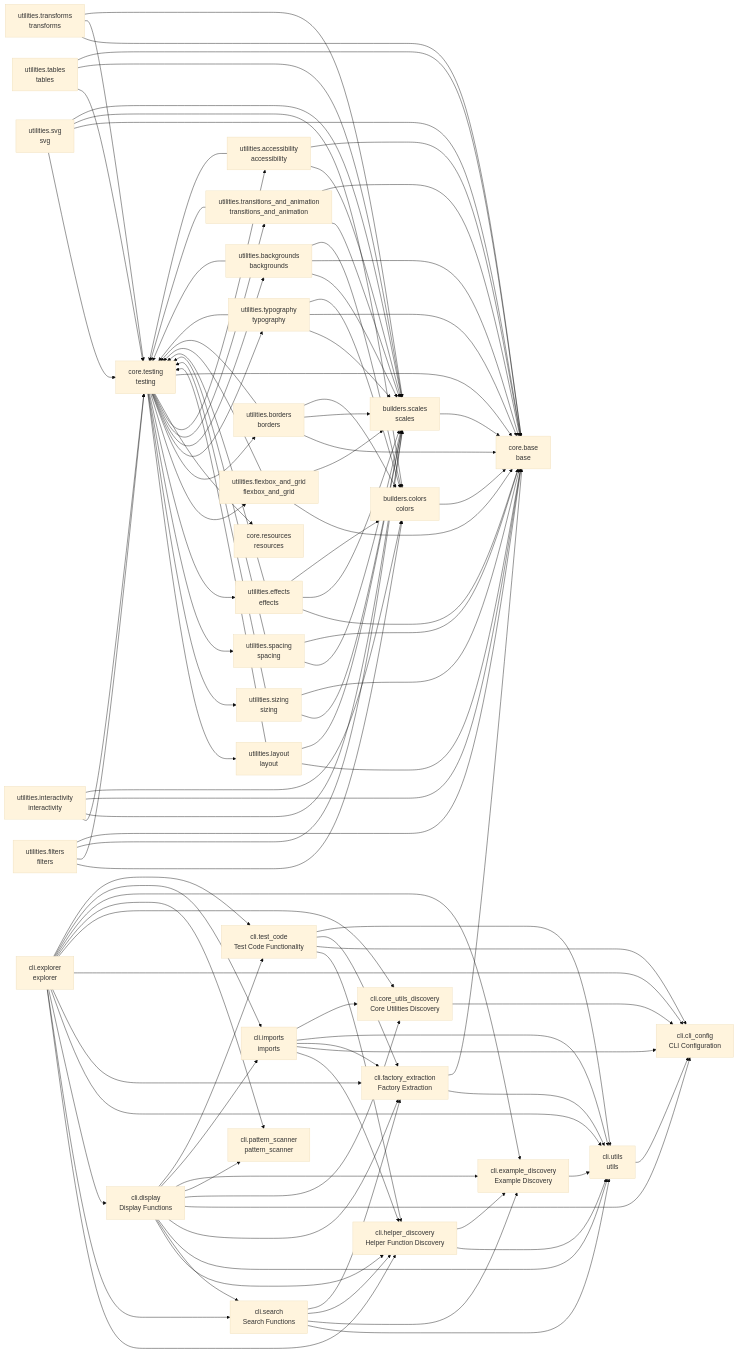
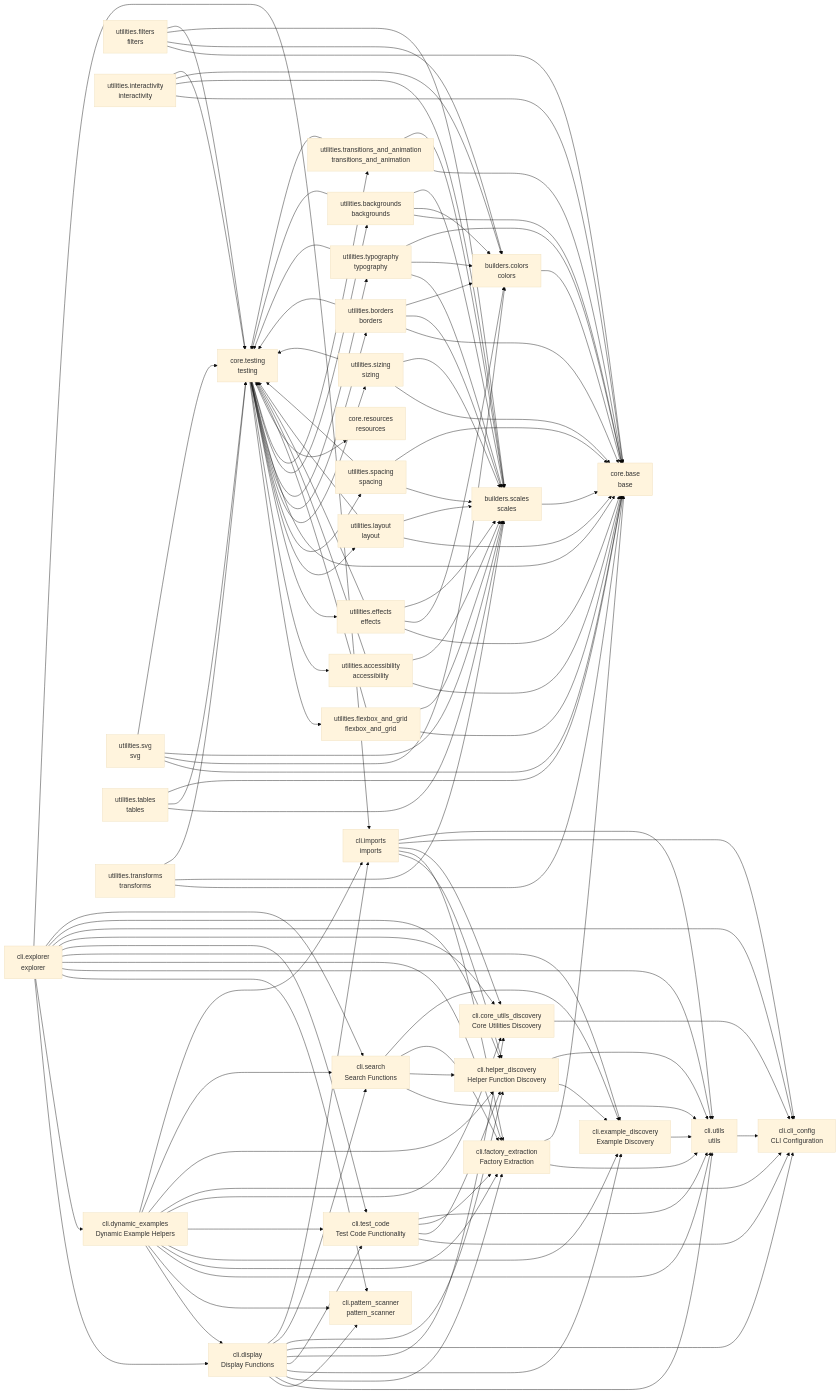
One commit to cj-mills/cjm-fasthtml-tailwind changed the diagram in README.md. Above: the diagram before and after it, drawn with Mermaid (base theme). The commit also changed other lines of this file and 8 other files, not shown here.

````diff
--- a/README.md
+++ b/README.md
@@ -60,6 +61,7 @@
     cli_cli_config[cli.cli_config<br/>CLI Configuration]
     cli_core_utils_discovery[cli.core_utils_discovery<br/>Core Utilities Discovery]
     cli_display[cli.display<br/>Display Functions]
+    cli_dynamic_examples[cli.dynamic_examples<br/>Dynamic Example Helpers]
     cli_example_discovery[cli.example_discovery<br/>Example Discovery]
     cli_explorer[cli.explorer<br/>explorer]
     cli_factory_extraction[cli.factory_extraction<br/>Factory Extraction]
@@ -91,108 +93,120 @@
     builders_colors --> core_base
     builders_scales --> core_base
     cli_core_utils_discovery --> cli_cli_config
+    cli_display --> cli_pattern_scanner
+    cli_display --> cli_utils
+    cli_display --> cli_factory_extraction
+    cli_display --> cli_example_discovery
+    cli_display --> cli_test_code
+    cli_display --> cli_core_utils_discovery
+    cli_display --> cli_cli_config
     cli_display --> cli_helper_discovery
     cli_display --> cli_search
-    cli_display --> cli_utils
-    cli_display --> cli_factory_extraction
-    cli_display --> cli_cli_config
-    cli_display --> cli_core_utils_discovery
-    cli_display --> cli_pattern_scanner
-    cli_display --> cli_example_discovery
     cli_display --> cli_imports
-    cli_display --> cli_test_code
+    cli_dynamic_examples --> cli_display
+    cli_dynamic_examples --> cli_pattern_scanner
+    cli_dynamic_examples --> cli_utils
+    cli_dynamic_examples --> cli_factory_extraction
+    cli_dynamic_examples --> cli_example_discovery
+    cli_dynamic_examples --> cli_test_code
+    cli_dynamic_examples --> cli_core_utils_discovery
+    cli_dynamic_examples --> cli_cli_config
+    cli_dynamic_examples --> cli_helper_discovery
+    cli_dynamic_examples --> cli_search
+    cli_dynamic_examples --> cli_imports
     cli_example_discovery --> cli_utils
+    cli_explorer --> cli_display
+    cli_explorer --> cli_dynamic_examples
+    cli_explorer --> cli_pattern_scanner
+    cli_explorer --> cli_utils
+    cli_explorer --> cli_factory_extraction
+    cli_explorer --> cli_example_discovery
+    cli_explorer --> cli_test_code
+    cli_explorer --> cli_core_utils_discovery
+    cli_explorer --> cli_cli_config
     cli_explorer --> cli_helper_discovery
     cli_explorer --> cli_search
-    cli_explorer --> cli_display
-    cli_explorer --> cli_utils
-    cli_explorer --> cli_factory_extraction
-    cli_explorer --> cli_cli_config
-    cli_explorer --> cli_core_utils_discovery
-    cli_explorer --> cli_pattern_scanner
-    cli_explorer --> cli_example_discovery
     cli_explorer --> cli_imports
-    cli_explorer --> cli_test_code
     cli_factory_extraction --> cli_utils
     cli_factory_extraction --> core_base
+    cli_helper_discovery --> cli_example_discovery
     cli_helper_discovery --> cli_utils
-    cli_helper_discovery --> cli_example_discovery
     cli_imports --> cli_helper_discovery
+    cli_imports --> cli_factory_extraction
+    cli_imports --> cli_core_utils_discovery
     cli_imports --> cli_cli_config
-    cli_imports --> cli_factory_extraction
     cli_imports --> cli_utils
-    cli_imports --> cli_core_utils_discovery
     cli_search --> cli_utils
-    cli_search --> cli_example_discovery
     cli_search --> cli_helper_discovery
     cli_search --> cli_factory_extraction
+    cli_search --> cli_example_discovery
+    cli_test_code --> cli_cli_config
     cli_test_code --> cli_helper_discovery
-    cli_test_code --> cli_cli_config
     cli_test_code --> cli_factory_extraction
     cli_test_code --> cli_utils
     cli_utils --> cli_cli_config
+    core_testing --> utilities_flexbox_and_grid
+    core_testing --> utilities_accessibility
+    core_testing --> utilities_effects
     core_testing --> utilities_layout
+    core_testing --> utilities_spacing
     core_testing --> utilities_sizing
-    core_testing --> utilities_spacing
-    core_testing --> utilities_effects
-    core_testing --> utilities_flexbox_and_grid
     core_testing --> utilities_borders
     core_testing --> utilities_typography
+    core_testing --> core_base
     core_testing --> utilities_backgrounds
     core_testing --> utilities_transitions_and_animation
-    core_testing --> utilities_accessibility
     core_testing --> core_resources
-    core_testing --> core_base
     utilities_accessibility --> core_testing
+    utilities_accessibility --> core_base
     utilities_accessibility --> builders_scales
-    utilities_accessibility --> core_base
+    utilities_backgrounds --> core_base
+    utilities_backgrounds --> builders_colors
     utilities_backgrounds --> core_testing
     utilities_backgrounds --> builders_scales
-    utilities_backgrounds --> core_base
-    utilities_backgrounds --> builders_colors
     utilities_borders --> core_base
-    utilities_borders --> core_testing
     utilities_borders --> builders_scales
     utilities_borders --> builders_colors
+    utilities_borders --> core_testing
     utilities_effects --> core_base
+    utilities_effects --> builders_colors
+    utilities_effects --> builders_scales
     utilities_effects --> core_testing
-    utilities_effects --> builders_scales
-    utilities_effects --> builders_colors
+    utilities_filters --> core_base
     utilities_filters --> builders_colors
+    utilities_filters --> builders_scales
     utilities_filters --> core_testing
-    utilities_filters --> builders_scales
-    utilities_filters --> core_base
     utilities_flexbox_and_grid --> core_base
+    utilities_flexbox_and_grid --> builders_scales
     utilities_flexbox_and_grid --> core_testing
-    utilities_flexbox_and_grid --> builders_scales
+    utilities_interactivity --> core_base
+    utilities_interactivity --> builders_scales
+    utilities_interactivity --> builders_colors
     utilities_interactivity --> core_testing
-    utilities_interactivity --> builders_scales
-    utilities_interactivity --> core_base
-    utilities_interactivity --> builders_colors
     utilities_layout --> core_base
+    utilities_layout --> builders_scales
     utilities_layout --> core_testing
-    utilities_layout --> builders_scales
-    utilities_sizing --> builders_scales
     utilities_sizing --> core_testing
     utilities_sizing --> core_base
+    utilities_sizing --> builders_scales
+    utilities_spacing --> builders_scales
     utilities_spacing --> core_testing
-    utilities_spacing --> builders_scales
     utilities_spacing --> core_base
-    utilities_svg --> core_testing
     utilities_svg --> core_base
     utilities_svg --> builders_colors
     utilities_svg --> builders_scales
+    utilities_svg --> core_testing
+    utilities_tables --> builders_scales
     utilities_tables --> core_testing
-    utilities_tables --> builders_scales
     utilities_tables --> core_base
     utilities_transforms --> core_base
+    utilities_transforms --> builders_scales
     utilities_transforms --> core_testing
-    utilities_transforms --> builders_scales
+    utilities_transitions_and_animation --> core_base
+    utilities_transitions_and_animation --> builders_scales
     utilities_transitions_and_animation --> core_testing
-    utilities_transitions_and_animation --> builders_scales
-    utilities_transitions_and_animation --> core_base
     utilities_typography --> builders_scales
+    utilities_typography --> builders_colors
+    utilities_typography --> core_testing
     utilities_typography --> core_base
-    utilities_typography --> core_testing
-    utilities_typography --> builders_colors
 ```
````
